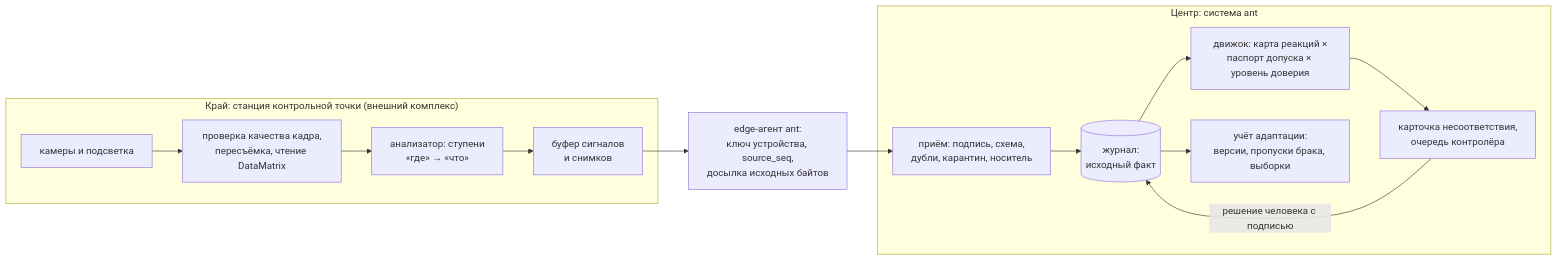
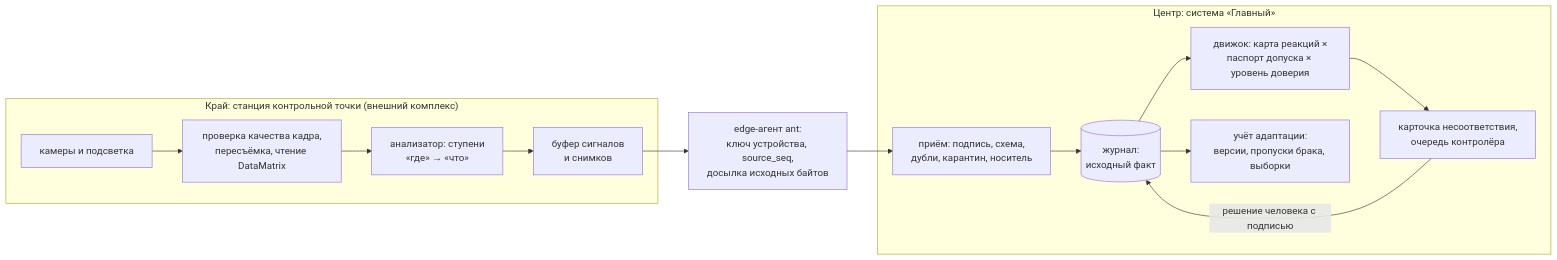
The first of 2 diagrams in docs/vision-camera-project.md (lehard/cosmos_hack), drawn with Mermaid before and after one commit. The commit also changed other lines of this file and 12 other files, not shown here.

Commit message:
Эпик 47: путеводитель для проверяющих по критериям О1–О9, Т1–Т7; README с запуском и входом; имя «Главный» в документах; ссылки на путеводитель и руководства из docs/README.md и architecture.md

````diff
--- a/docs/vision-camera-project.md
+++ b/docs/vision-camera-project.md
@@ -57,22 +57,22 @@
 ```mermaid
 flowchart LR
   subgraph edge["Край: станция контрольной точки (внешний комплекс)"]
     CAM["камеры и подсветка"]
     QA["проверка качества кадра,<br/>пересъёмка, чтение DataMatrix"]
     INF["анализатор: ступени<br/>«где» → «что»"]
     BUF["буфер сигналов<br/>и снимков"]
     CAM --> QA --> INF --> BUF
   end
   EA["edge-агент ant:<br/>ключ устройства, source_seq,<br/>досылка исходных байтов"]
-  subgraph core["Центр: система ant"]
+  subgraph core["Центр: система «Главный»"]
     ING["приём: подпись, схема,<br/>дубли, карантин, носитель"]
     J[("журнал:<br/>исходный факт")]
     ENG["движок: карта реакций ×<br/>паспорт допуска × уровень доверия"]
     CARD["карточка несоответствия,<br/>очередь контролёра"]
     AD["учёт адаптации:<br/>версии, пропуски брака, выборки"]
     ING --> J --> ENG --> CARD
     J --> AD
   end
   BUF --> EA --> ING
   CARD -->|"решение человека с подписью"| J
 ```
````
